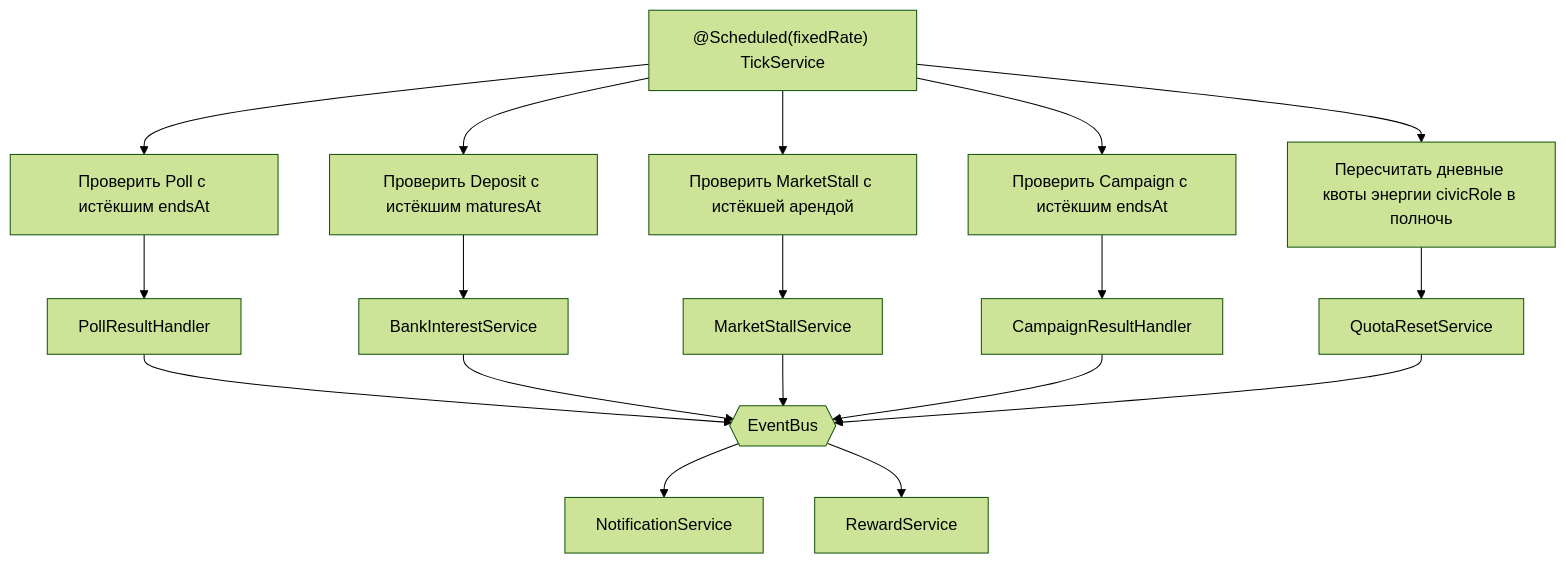
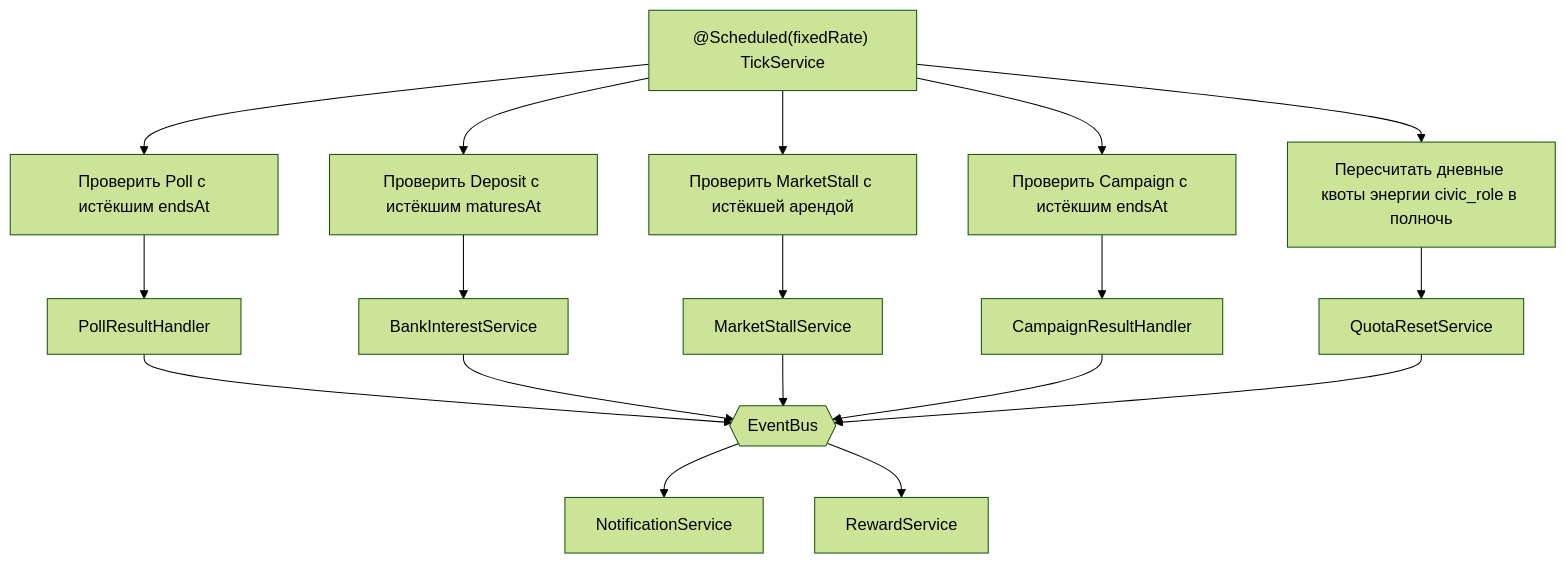
The fifth of 7 diagrams in documentation/architecture/event/babichchat-event-architecture.md (paulselikhov-cpu/platform), drawn with Mermaid (forest theme) before and after one commit. The commit also changed other lines of this file and 8 other files, not shown here.

````diff
--- a/documentation/architecture/event/babichchat-event-architecture.md
+++ b/documentation/architecture/event/babichchat-event-architecture.md
@@ -249,17 +249,17 @@
 ```mermaid
 flowchart TB
     CRON["@Scheduled(fixedRate) TickService"] --> Q1[Проверить Poll с истёкшим endsAt]
     CRON --> Q2[Проверить Deposit с истёкшим maturesAt]
     CRON --> Q3[Проверить MarketStall с истёкшей арендой]
     CRON --> Q4[Проверить Campaign с истёкшим endsAt]
-    CRON --> Q5[Пересчитать дневные квоты энергии civicRole в полночь]
+    CRON --> Q5[Пересчитать дневные квоты энергии civic_role в полночь]
 
     Q1 --> H1[PollResultHandler] --> BUS{{EventBus}}
     Q2 --> H2[BankInterestService] --> BUS
     Q3 --> H3[MarketStallService] --> BUS
     Q4 --> H4[CampaignResultHandler] --> BUS
     Q5 --> H5[QuotaResetService] --> BUS
 
     BUS --> NOT[NotificationService]
     BUS --> RW[RewardService]
 ```
````
